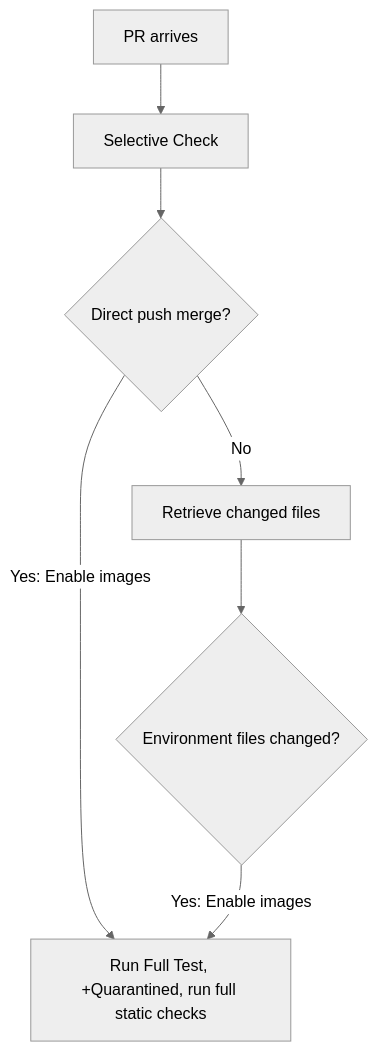
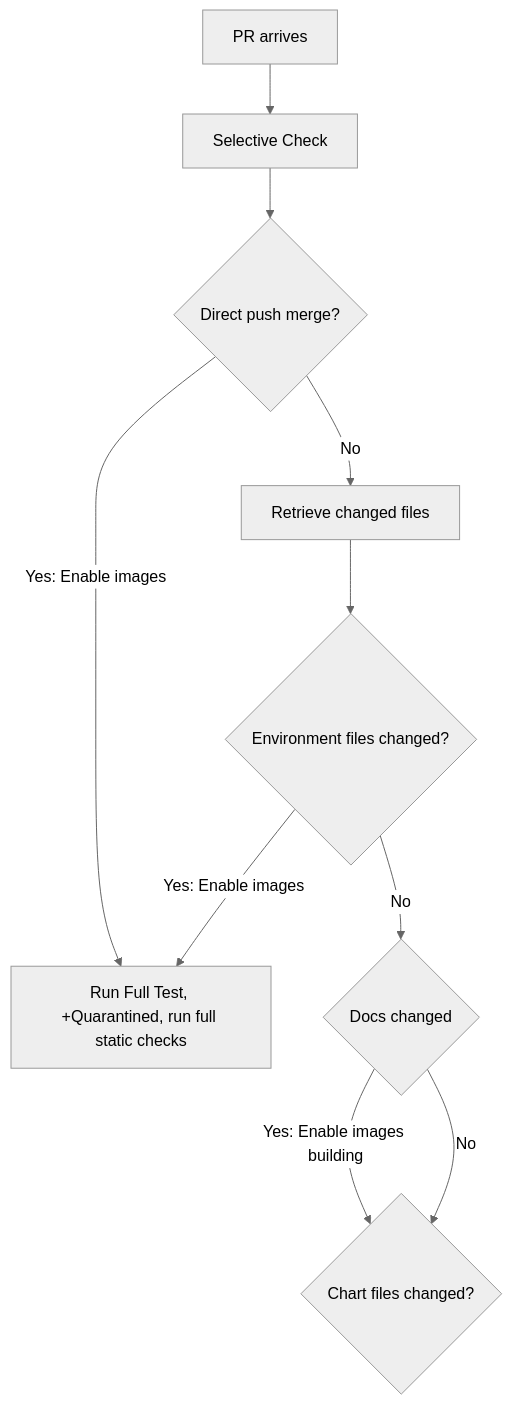
One commit to edithturn/golang-training changed the diagram in README.md. Above: the diagram before and after it, drawn with Mermaid (neutral theme).

Commit message:
test mermaid

````diff
--- a/README.md
+++ b/README.md
@@ -7,9 +7,12 @@
 ```mermaid
 flowchart TD
 A[PR arrives]-->B[Selective Check]
 B-->C{Direct push merge?}
 C-->|Yes: Enable images| D[Run Full Test, +Quarantined, run full static checks]
 C-->|No| E[Retrieve changed files]
 E-->F{Environment files changed?}
 F-->|Yes: Enable images| D
+F-->|No| G{Docs changed}
+G-->|Yes: Enable images building| I{Chart files changed?}
+G-->|No| I
 ```
````
